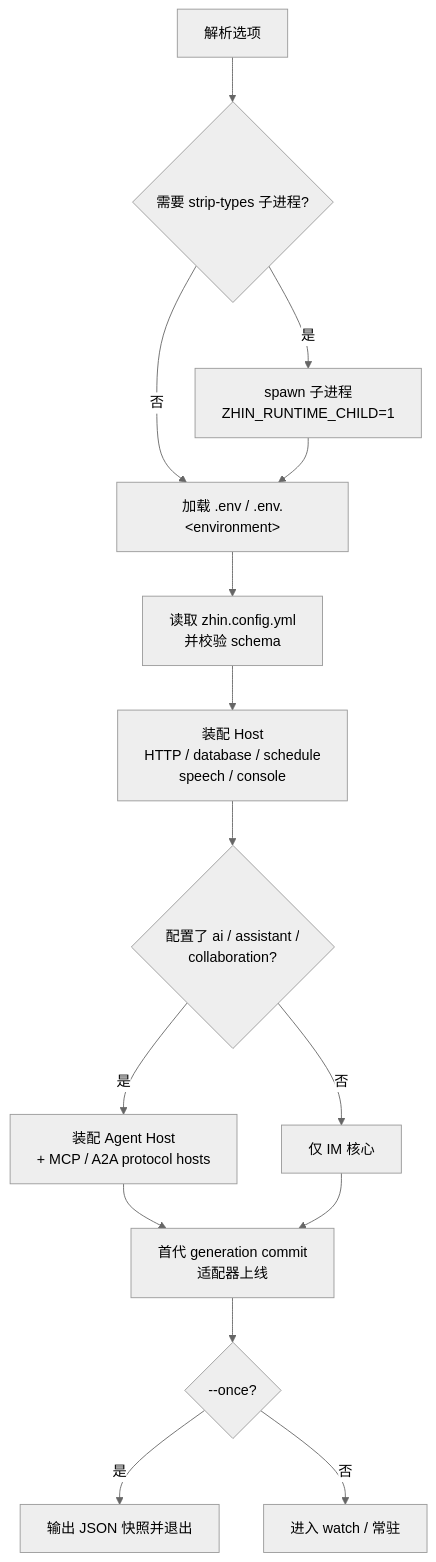
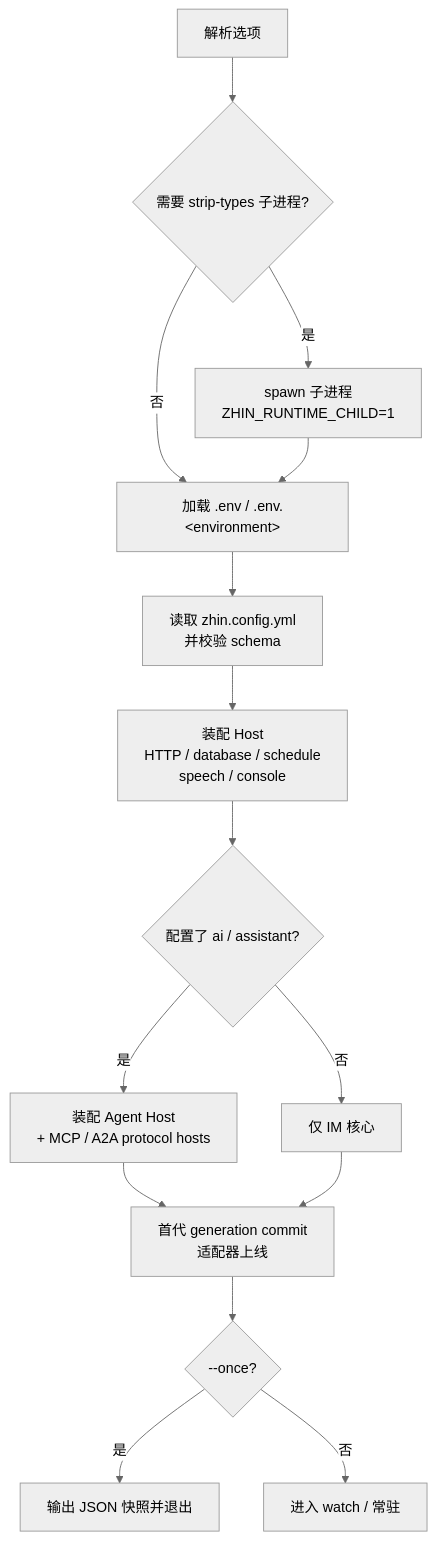
One commit to zhinjs/zhin changed the diagram in docs/cli/runtime.md. Above: the diagram before and after it, drawn with Mermaid (neutral theme). The commit also changed other lines of this file and 99 other files, not shown here.

````diff
--- a/docs/cli/runtime.md
+++ b/docs/cli/runtime.md
@@ -48,17 +48,17 @@
 ```mermaid
 flowchart TD
     A[解析选项] --> B{需要 strip-types 子进程?}
     B -- 是 --> C[spawn 子进程<br/>ZHIN_RUNTIME_CHILD=1]
     B -- 否 --> D[加载 .env / .env.&lt;environment&gt;]
     C --> D
     D --> E[读取 zhin.config.yml<br/>并校验 schema]
     E --> F[装配 Host<br/>HTTP / database / schedule<br/>speech / console]
-    F --> G{配置了 ai / assistant /<br/>collaboration?}
+    F --> G{配置了 ai / assistant?}
     G -- 是 --> H[装配 Agent Host<br/>+ MCP / A2A protocol hosts]
     G -- 否 --> I[仅 IM 核心]
     H --> J[首代 generation commit<br/>适配器上线]
     I --> J
     J --> K{--once?}
     K -- 是 --> L[输出 JSON 快照并退出]
     K -- 否 --> M[进入 watch / 常驻]
 ```
````
